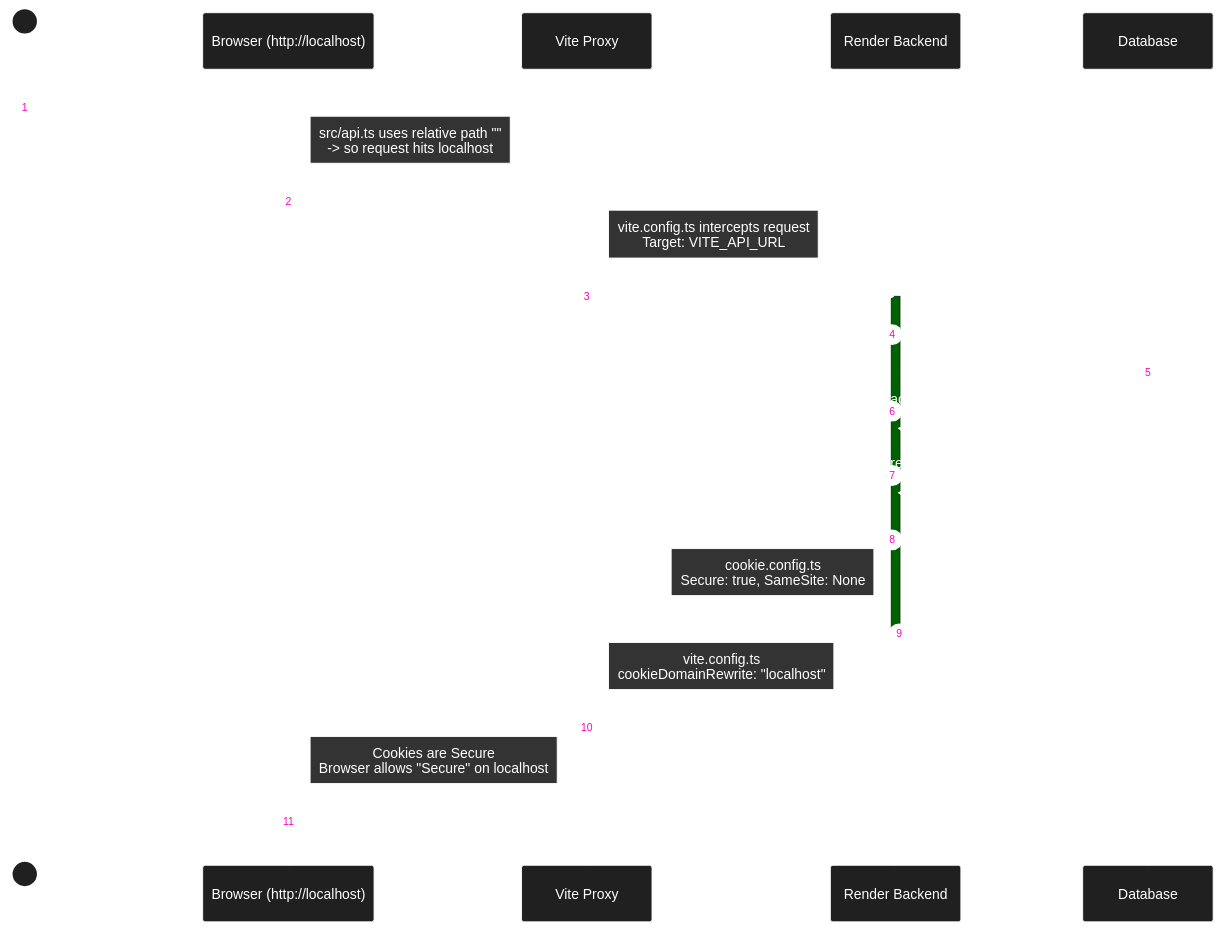
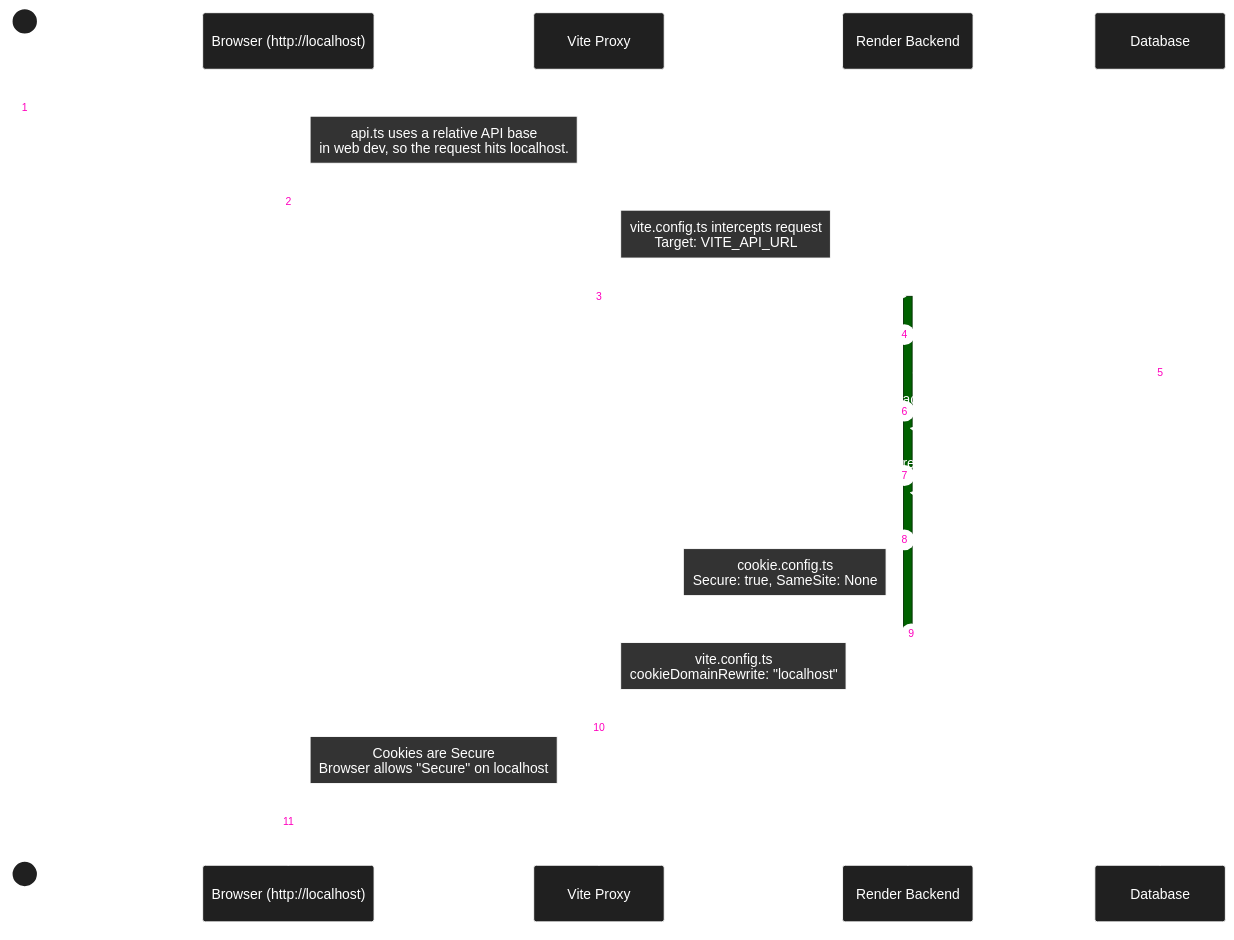
Before and after one commit to michaelgreenl/tally-tracker: the diagram in docs/diagrams/sequence/auth/dev-vite-proxy.md, drawn with Mermaid. The commit also changed 14 other files, not shown here.

Commit message:
docs: diagram & generated prisma alignment

````diff
--- a/docs/diagrams/sequence/auth/dev-vite-proxy.md
+++ b/docs/diagrams/sequence/auth/dev-vite-proxy.md
@@ -3,52 +3,52 @@
 ```mermaid
 %%{
   init: {
     'theme': 'base',
     'themeVariables': {
       'primaryColor': '#202020',
       'primaryTextColor': '#fff',
       'primaryBorderColor': '#ffffff',
       'lineColor': '#00ff41',
       'secondaryColor': '#006100',
       'tertiaryColor': '#fff',
       'noteBkgColor': '#333',
       'noteTextColor': '#fff',
       'noteBorderColor': '#fff'
     }
   }
 }%%
 
 sequenceDiagram
     autonumber
     actor User
     participant Browser as Browser (http://localhost)
     participant Proxy as Vite Proxy
     participant API as Render Backend
     participant DB as Database
 
     User->>Browser: Click "Login" (remember me ON)
 
-    Note right of Browser: src/api.ts uses relative path ""<br/> -> so request hits localhost
+    Note right of Browser: api.ts uses a relative API base<br/>in web dev, so the request hits localhost.
     Browser->>Proxy: POST http://localhost:8100/users/login
 
     Note right of Proxy: vite.config.ts intercepts request<br/>Target: VITE_API_URL
     Proxy->>API: Forward Request (Cross-Site)
 
     activate API
     API->>DB: Find User & Validate Password
     DB-->>API: User Data
 
     API->>API: Generate access token
     API->>API: Generate refresh token
     API->>DB: Store refresh token record
 
     Note left of API: cookie.config.ts<br/>Secure: true, SameSite: None
     API-->>Proxy: 200 OK + Set-Cookie (access + refresh)
     deactivate API
 
     Note right of Proxy: vite.config.ts<br/>cookieDomainRewrite: "localhost"
     Proxy-->>Browser: Pass Response + Rewritten Cookies
 
     Note right of Browser: Cookies are Secure<br/>Browser allows "Secure" on localhost
     Browser->>Browser: Both Cookies Saved Successfully
 ```
````
